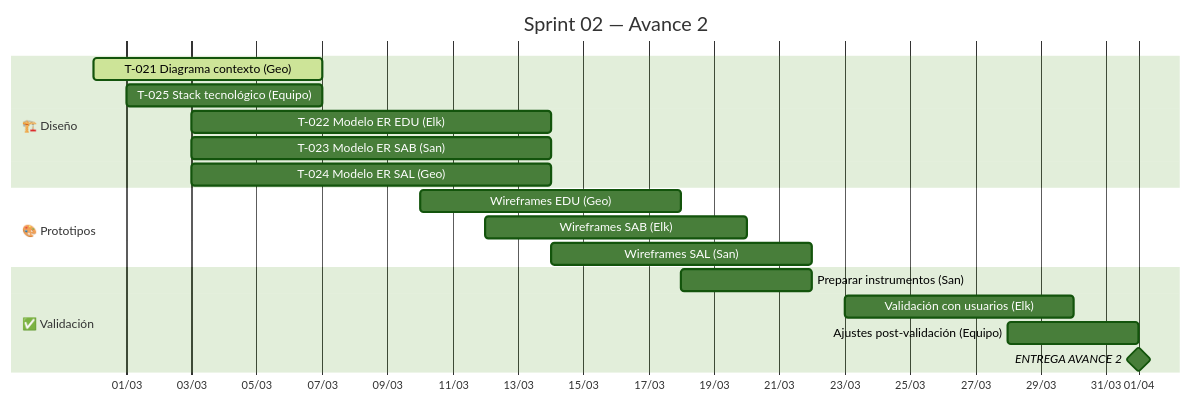
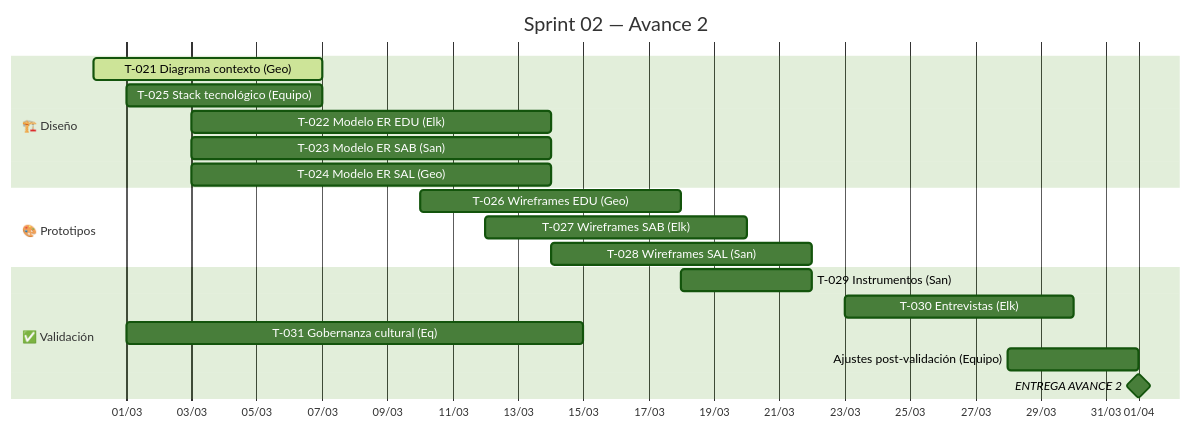
Before and after one commit to yonrasgg/RAICES_VIVAS: the diagram in 05-Sprints/Sprint-02/Sprint-02-Planning.md, drawn with Mermaid (forest theme). The commit also changed other lines of this file and 17 other files, not shown here.

````diff
--- a/05-Sprints/Sprint-02/Sprint-02-Planning.md
+++ b/05-Sprints/Sprint-02/Sprint-02-Planning.md
@@ -39,25 +39,26 @@
 ```mermaid
 gantt
     title Sprint 02 — Avance 2
     dateFormat YYYY-MM-DD
     axisFormat %d/%m
     todayMarker stroke-width:3px,stroke:#f66,opacity:0.8
 
     section 🏗️ Diseño
     T-021 Diagrama contexto (Geo)      :active, t21, 2026-02-28, 2026-03-07
     T-025 Stack tecnológico (Equipo)   :        t25, 2026-03-01, 2026-03-07
     T-022 Modelo ER EDU (Elk)          :        t22, 2026-03-03, 2026-03-14
     T-023 Modelo ER SAB (San)          :        t23, 2026-03-03, 2026-03-14
     T-024 Modelo ER SAL (Geo)          :        t24, 2026-03-03, 2026-03-14
 
     section 🎨 Prototipos
-    Wireframes EDU (Geo)               :        p1, 2026-03-10, 2026-03-18
-    Wireframes SAB (Elk)               :        p2, 2026-03-12, 2026-03-20
-    Wireframes SAL (San)               :        p3, 2026-03-14, 2026-03-22
+    T-026 Wireframes EDU (Geo)         :        t26, 2026-03-10, 2026-03-18
+    T-027 Wireframes SAB (Elk)         :        t27, 2026-03-12, 2026-03-20
+    T-028 Wireframes SAL (San)         :        t28, 2026-03-14, 2026-03-22
 
     section ✅ Validación
-    Preparar instrumentos (San)        :        v1, 2026-03-18, 2026-03-22
-    Validación con usuarios (Elk)      :        v2, 2026-03-23, 2026-03-30
+    T-029 Instrumentos (San)           :        t29, 2026-03-18, 2026-03-22
+    T-030 Entrevistas (Elk)            :        t30, 2026-03-23, 2026-03-30
+    T-031 Gobernanza cultural (Eq)     :        t31, 2026-03-01, 2026-03-15
     Ajustes post-validación (Equipo)   :        v3, 2026-03-28, 2026-04-01
     ENTREGA AVANCE 2                   :milestone, m2, 2026-04-01, 0d
 ```
````
